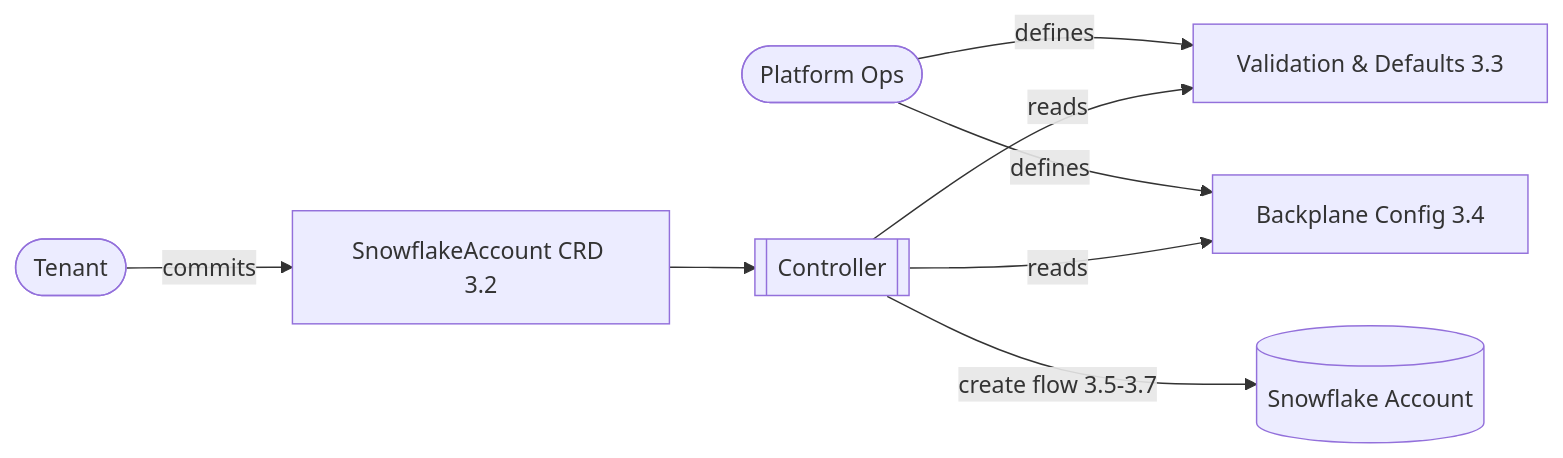
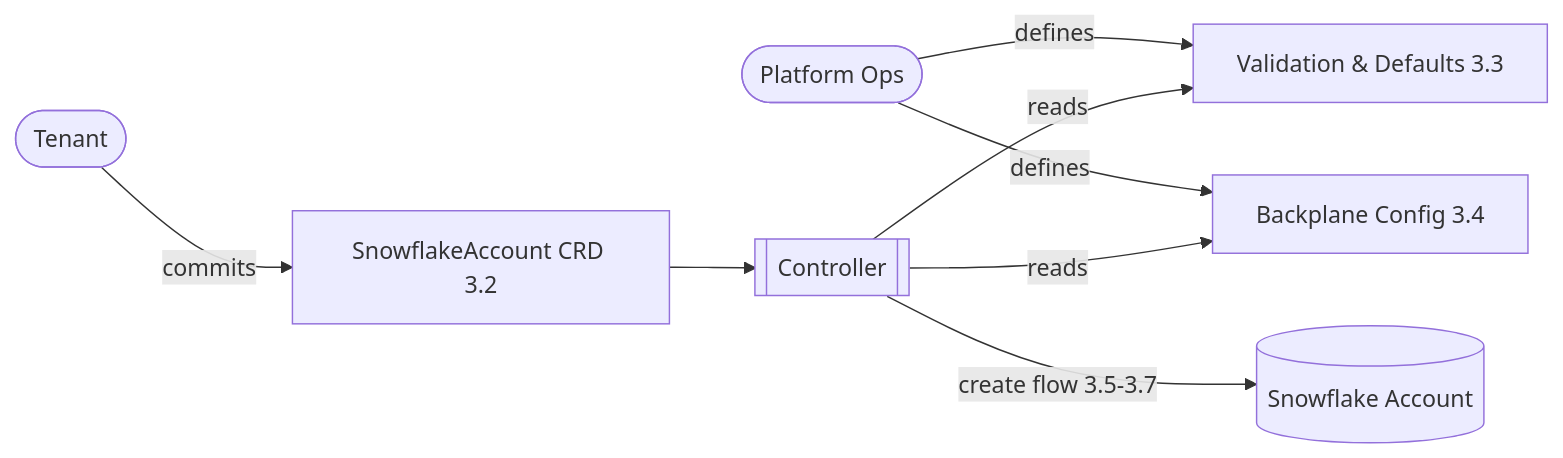
The diagram in specs/design.md (allianz/yukimi), drawn with Mermaid before and after one commit.

Commit message:
added mermaid

````diff
--- a/specs/design.md
+++ b/specs/design.md
@@ -112,12 +112,13 @@
 ```mermaid
 flowchart LR
     Tenant([Tenant]) -->|commits| CRD[SnowflakeAccount CRD 3.2]
-    Ops([Platform Ops]) -->|defines| ValidationRules[Validation & Defaults 3.3]
+    Tenant ~~~ Ops([Platform Ops])
+    Ops -->|defines| ValidationRules[Validation & Defaults 3.3]
     Ops -->|defines| BackplaneConfig[Backplane Config 3.4]
 
     CRD --> Controller[[Controller]]
     Controller -->|reads| ValidationRules
     Controller -->|reads| BackplaneConfig
 
     Controller -->|create flow 3.5-3.7| Snowflake[(Snowflake Account)]
 ```
````
